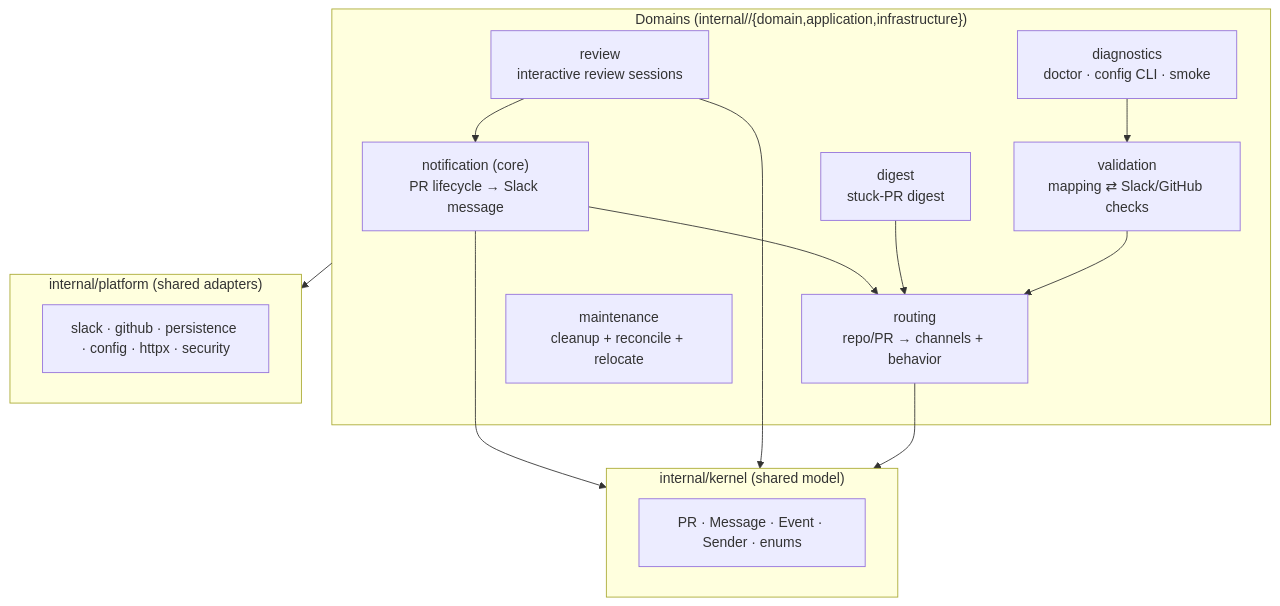
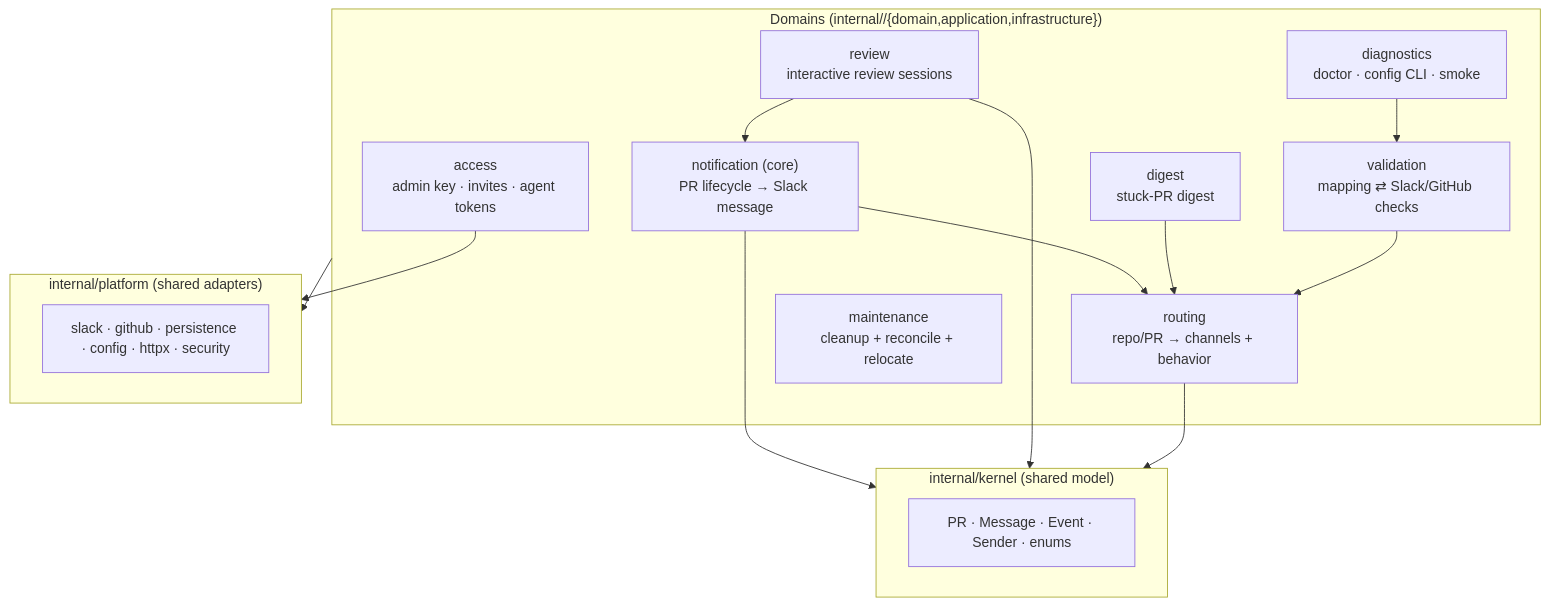
The diagram in ARCHITECTURE.md (mptooling/notifycat), drawn with Mermaid before and after one commit. The commit also changed other lines of this file and 80 other files, not shown here.

Commit message:
feat(access): admin port, invites and agent tokens (#219)

````diff
--- a/ARCHITECTURE.md
+++ b/ARCHITECTURE.md
@@ -59,27 +64,29 @@
 ```mermaid
 flowchart TB
   subgraph domains["Domains (internal/<domain>/{domain,application,infrastructure})"]
     notification["notification (core)<br/>PR lifecycle → Slack message"]
     review["review<br/>interactive review sessions"]
     routing["routing<br/>repo/PR → channels + behavior"]
     validation["validation<br/>mapping ⇄ Slack/GitHub checks"]
     digest["digest<br/>stuck-PR digest"]
     maintenance["maintenance<br/>cleanup + reconcile + relocate"]
     diagnostics["diagnostics<br/>doctor · config CLI · smoke"]
+    access["access<br/>admin key · invites · agent tokens"]
   end
   subgraph kernel["internal/kernel (shared model)"]
     k["PR · Message · Event · Sender · enums"]
   end
   subgraph platform["internal/platform (shared adapters)"]
     p["slack · github · persistence · config · httpx · security"]
   end
   notification --> kernel
   review --> kernel
   routing --> kernel
   notification --> routing
   review --> notification
   digest --> routing
   validation --> routing
   diagnostics --> validation
+  access --> platform
   domains --> platform
 ```
````
